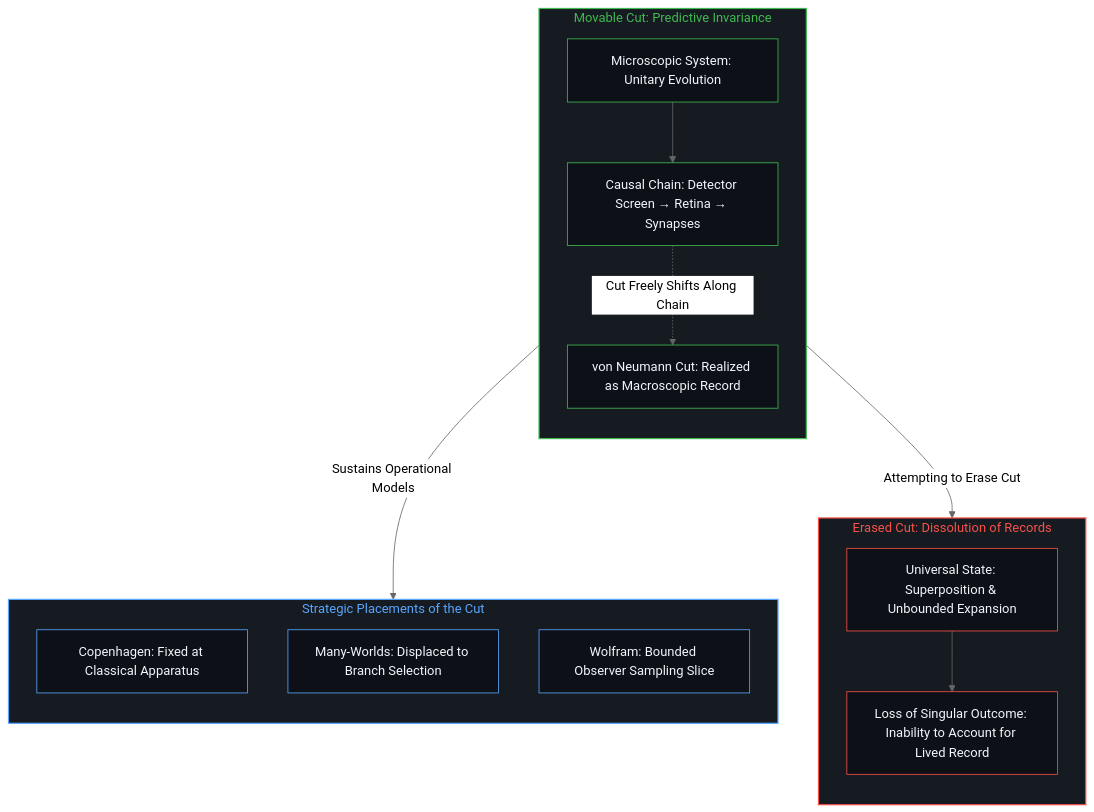
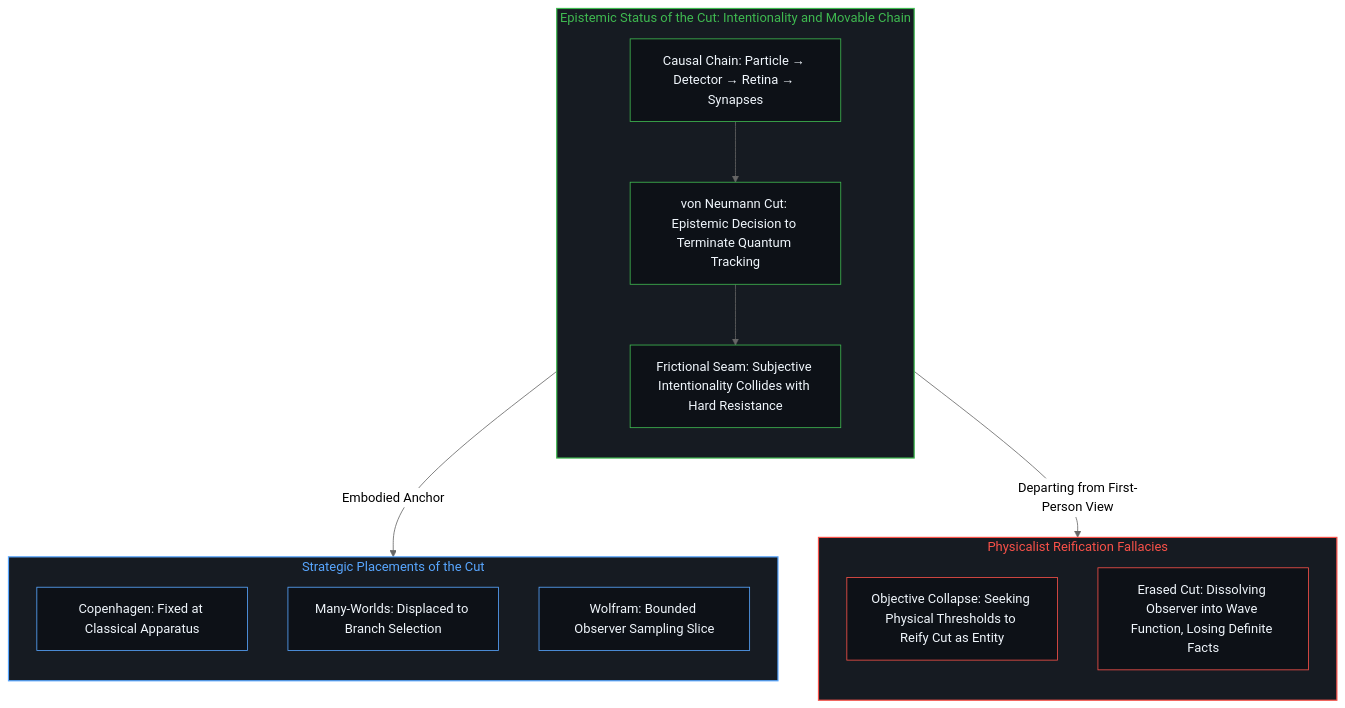
Before and after one commit to powerpig99/not-a-toe: the fourth of 6 diagrams in content/posts/the-cut-moves-but-never-vanishes.md, drawn with Mermaid (neutral theme). The commit also changed other lines of this file and 4 other files, not shown here.

Commit message:
Post #382: Deepen von Neumann cut as cognitive decision and collision of intentionality with physical resistance

````diff
--- a/content/posts/the-cut-moves-but-never-vanishes.md
+++ b/content/posts/the-cut-moves-but-never-vanishes.md
@@ -146,40 +149,39 @@
 ```mermaid
 flowchart TD
-    subgraph S_CutMovable["Movable Cut: Predictive Invariance"]
+    subgraph S_CutMovable["Epistemic Status of the Cut: Intentionality and Movable Chain"]
         direction TB
-        C_Micro["Microscopic System: Unitary Evolution"]
-        C_Chain["Causal Chain: Detector Screen → Retina → Synapses"]
-        C_Cut["von Neumann Cut: Realized as Macroscopic Record"]
-        C_Micro --> C_Chain
-        C_Chain -.->|"Cut Freely Shifts Along Chain"| C_Cut
+        C_Chain["Causal Chain: Particle → Detector → Retina → Synapses"]
+        C_Cut["von Neumann Cut: Epistemic Decision to Terminate Quantum Tracking"]
+        C_Friction["Frictional Seam: Subjective Intentionality Collides with Hard Resistance"]
+        C_Chain --> C_Cut
+        C_Cut --> C_Friction
     end
 
-    subgraph S_CutErased["Erased Cut: Dissolution of Records"]
+    subgraph S_CutErased["Physicalist Reification Fallacies"]
         direction TB
-        E_Universe["Universal State: Superposition & Unbounded Expansion"]
-        E_Loss["Loss of Singular Outcome: Inability to Account for Lived Record"]
-        E_Universe --> E_Loss
+        E_Entity["Objective Collapse: Seeking Physical Thresholds to Reify Cut as Entity"]
+        E_Universe["Erased Cut: Dissolving Observer into Wave Function, Losing Definite Facts"]
     end
 
     subgraph S_Schools["Strategic Placements of the Cut"]
         direction TB
         P_Copenhagen["Copenhagen: Fixed at Classical Apparatus"]
         P_ManyWorlds["Many-Worlds: Displaced to Branch Selection"]
         P_Wolfram["Wolfram: Bounded Observer Sampling Slice"]
     end
 
-    C_Cut -->|"Sustains Operational Models"| S_Schools
-    C_Cut -->|"Attempting to Erase Cut"| E_Universe
+    C_Friction -->|"Embodied Anchor"| S_Schools
+    C_Cut -->|"Departing from First-Person View"| S_CutErased
 
     style S_CutMovable fill:#161b22,stroke:#3fb950,stroke-width:1.5px,color:#3fb950
     style S_CutErased fill:#161b22,stroke:#f85149,stroke-width:1.5px,color:#f85149
     style S_Schools fill:#161b22,stroke:#58a6ff,stroke-width:1.5px,color:#58a6ff
-    style C_Micro fill:#0d1117,stroke:#3fb950,stroke-width:1px,color:#f0f6fc
     style C_Chain fill:#0d1117,stroke:#3fb950,stroke-width:1px,color:#f0f6fc
     style C_Cut fill:#0d1117,stroke:#3fb950,stroke-width:1px,color:#f0f6fc
+    style C_Friction fill:#0d1117,stroke:#3fb950,stroke-width:1px,color:#f0f6fc
+    style E_Entity fill:#0d1117,stroke:#f85149,stroke-width:1px,color:#f0f6fc
     style E_Universe fill:#0d1117,stroke:#f85149,stroke-width:1px,color:#f0f6fc
-    style E_Loss fill:#0d1117,stroke:#f85149,stroke-width:1px,color:#f0f6fc
     style P_Copenhagen fill:#0d1117,stroke:#58a6ff,stroke-width:1px,color:#f0f6fc
     style P_ManyWorlds fill:#0d1117,stroke:#58a6ff,stroke-width:1px,color:#f0f6fc
     style P_Wolfram fill:#0d1117,stroke:#58a6ff,stroke-width:1px,color:#f0f6fc
 ```
````
